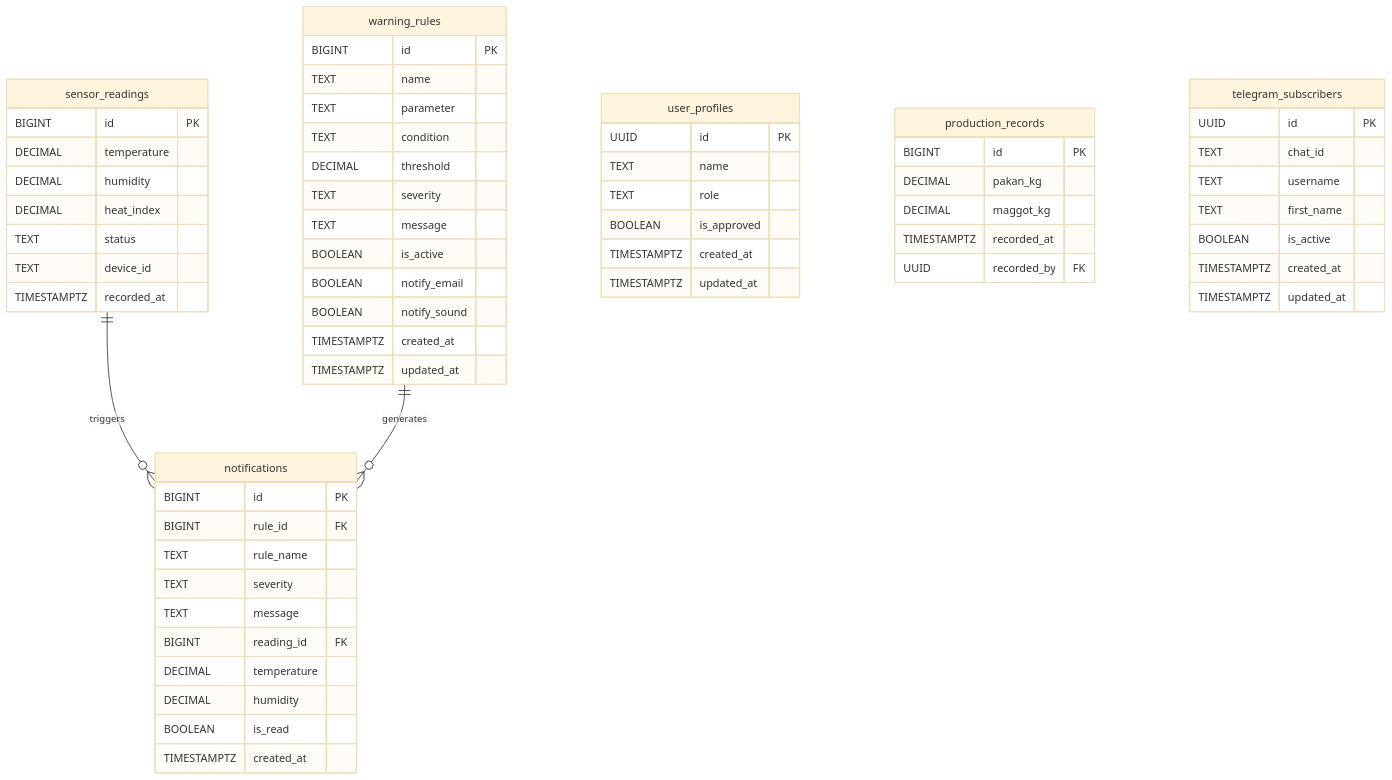
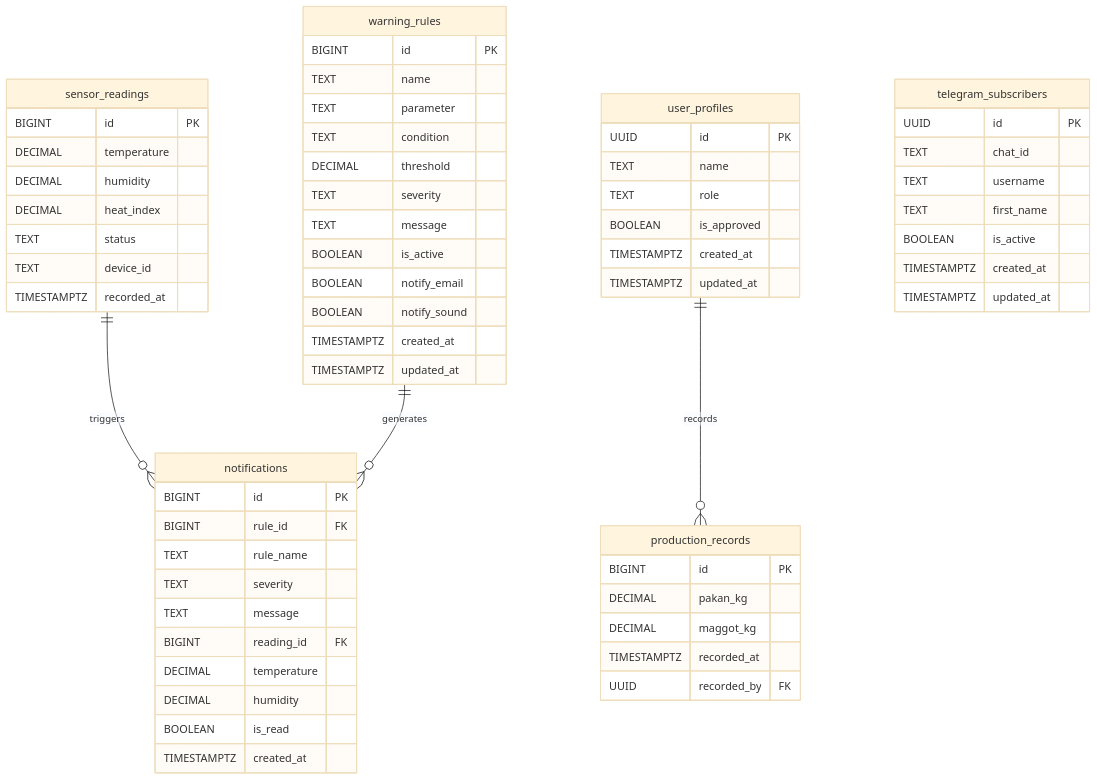
The third of 5 diagrams in README.md (boyishwara/omaggot), drawn with Mermaid (base theme) before and after one commit. The commit also changed other lines of this file and 4 other files, not shown here.

````diff
--- a/README.md
+++ b/README.md
@@ -85,70 +85,71 @@
 ```mermaid
 erDiagram
     sensor_readings ||--o{ notifications : triggers
     warning_rules ||--o{ notifications : generates
+    user_profiles ||--o{ production_records : records
 
     sensor_readings {
         BIGINT id PK
         DECIMAL temperature
         DECIMAL humidity
         DECIMAL heat_index
         TEXT status
         TEXT device_id
         TIMESTAMPTZ recorded_at
     }
 
     warning_rules {
         BIGINT id PK
         TEXT name
         TEXT parameter
         TEXT condition
         DECIMAL threshold
         TEXT severity
         TEXT message
         BOOLEAN is_active
         BOOLEAN notify_email
         BOOLEAN notify_sound
         TIMESTAMPTZ created_at
         TIMESTAMPTZ updated_at
     }
 
     notifications {
         BIGINT id PK
         BIGINT rule_id FK
         TEXT rule_name
         TEXT severity
         TEXT message
         BIGINT reading_id FK
         DECIMAL temperature
         DECIMAL humidity
         BOOLEAN is_read
         TIMESTAMPTZ created_at
     }
 
     user_profiles {
         UUID id PK
         TEXT name
         TEXT role
         BOOLEAN is_approved
         TIMESTAMPTZ created_at
         TIMESTAMPTZ updated_at
     }
 
     production_records {
         BIGINT id PK
         DECIMAL pakan_kg
         DECIMAL maggot_kg
         TIMESTAMPTZ recorded_at
         UUID recorded_by FK
     }
 
     telegram_subscribers {
         UUID id PK
         TEXT chat_id
         TEXT username
         TEXT first_name
         BOOLEAN is_active
         TIMESTAMPTZ created_at
         TIMESTAMPTZ updated_at
     }
 ```
````
